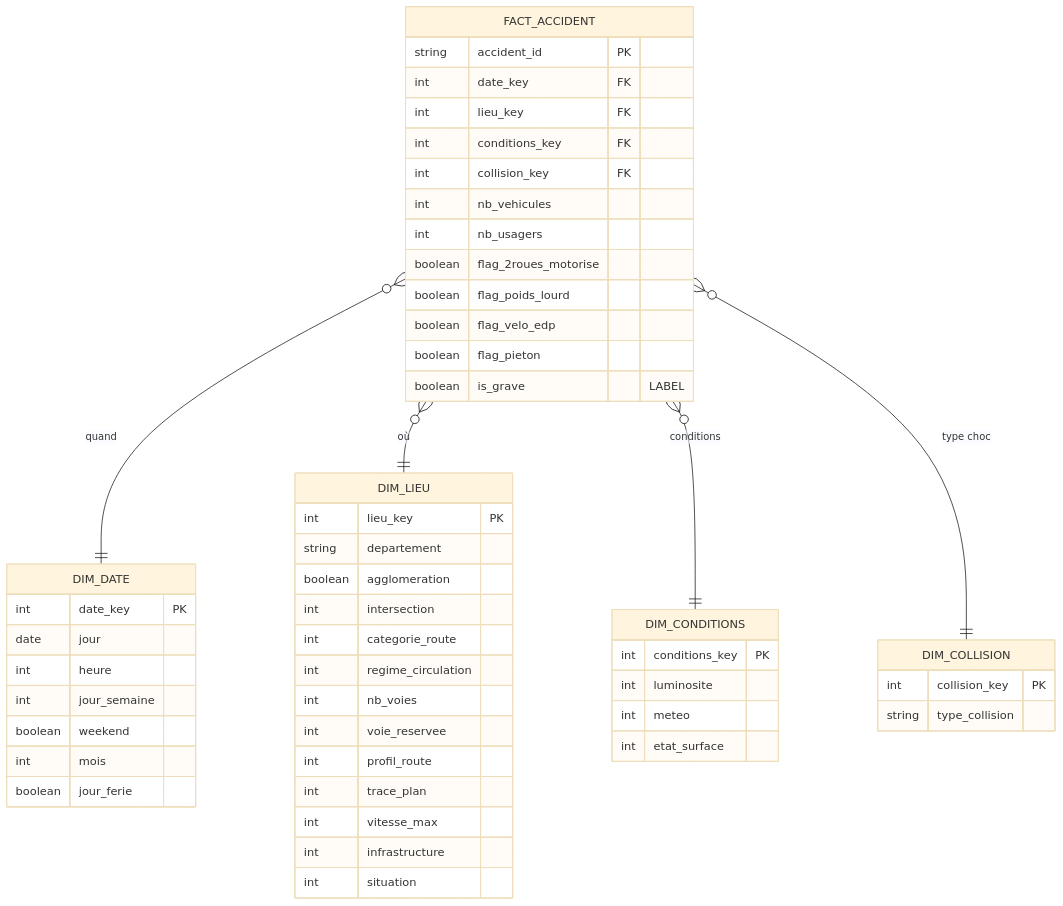
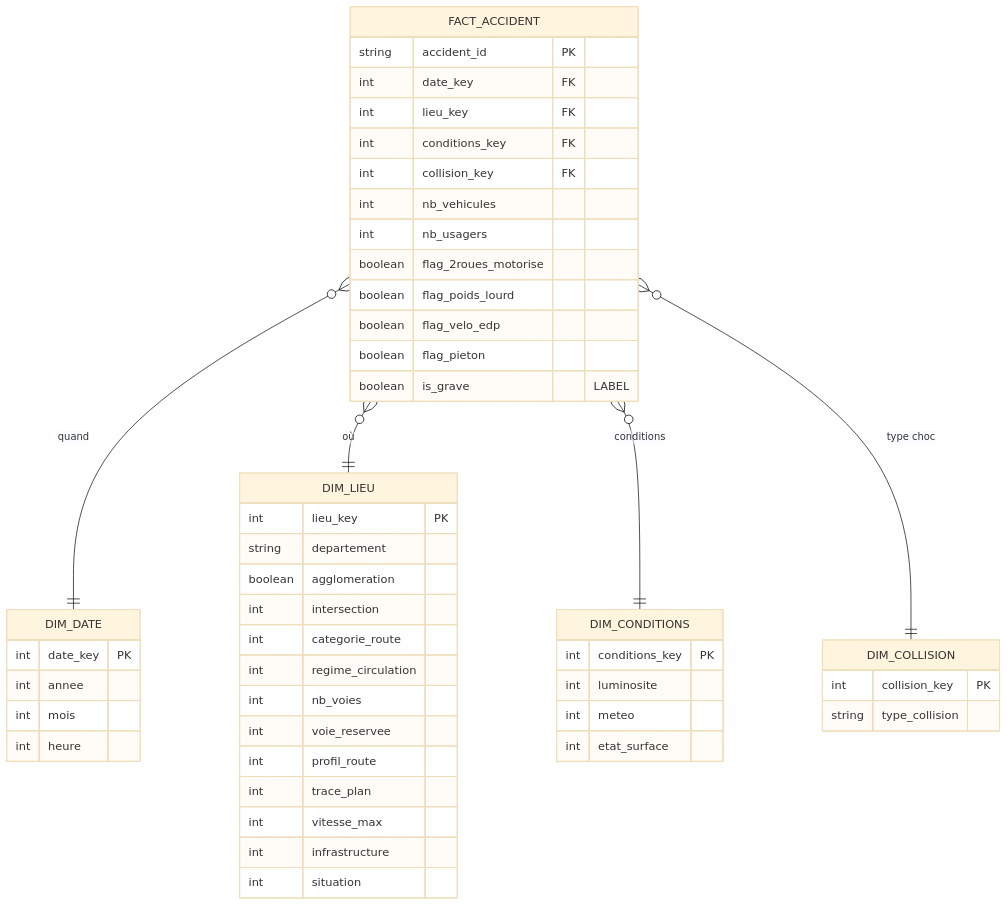
The third of 4 diagrams in docs/Architecture_GRAVIA.md (VigiRoute/gravia), drawn with Mermaid (base theme) before and after one commit. The commit also changed 15 other files, not shown here.

````diff
--- a/docs/Architecture_GRAVIA.md
+++ b/docs/Architecture_GRAVIA.md
@@ -210,56 +210,53 @@
 ```mermaid
 erDiagram
     FACT_ACCIDENT }o--|| DIM_DATE : "quand"
     FACT_ACCIDENT }o--|| DIM_LIEU : "où"
     FACT_ACCIDENT }o--|| DIM_CONDITIONS : "conditions"
     FACT_ACCIDENT }o--|| DIM_COLLISION : "type choc"
 
     FACT_ACCIDENT {
         string accident_id PK
         int date_key FK
         int lieu_key FK
         int conditions_key FK
         int collision_key FK
         int nb_vehicules
         int nb_usagers
         boolean flag_2roues_motorise
         boolean flag_poids_lourd
         boolean flag_velo_edp
         boolean flag_pieton
         boolean is_grave "LABEL"
     }
     DIM_DATE {
         int date_key PK
-        date jour
+        int annee
+        int mois
         int heure
-        int jour_semaine
-        boolean weekend
-        int mois
-        boolean jour_ferie
     }
     DIM_LIEU {
         int lieu_key PK
         string departement
         boolean agglomeration
         int intersection
         int categorie_route
         int regime_circulation
         int nb_voies
         int voie_reservee
         int profil_route
         int trace_plan
         int vitesse_max
         int infrastructure
         int situation
     }
     DIM_CONDITIONS {
         int conditions_key PK
         int luminosite
         int meteo
         int etat_surface
     }
     DIM_COLLISION {
         int collision_key PK
         string type_collision
     }
 ```
````
